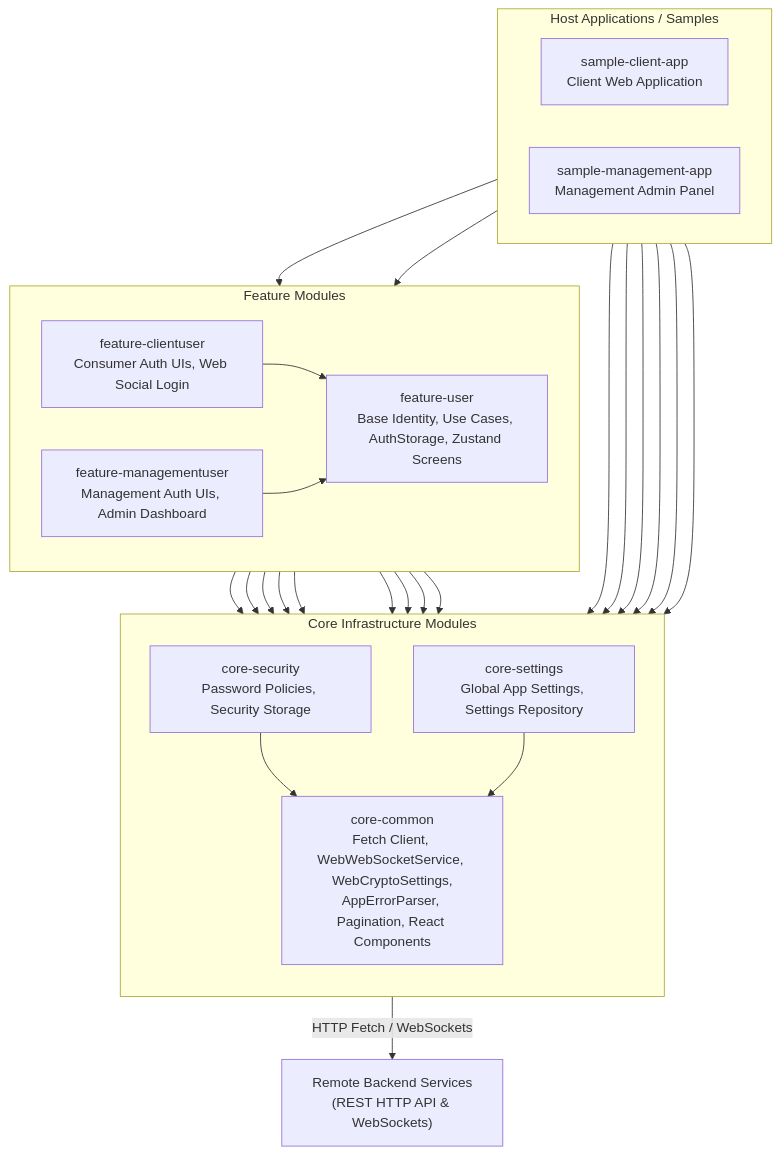
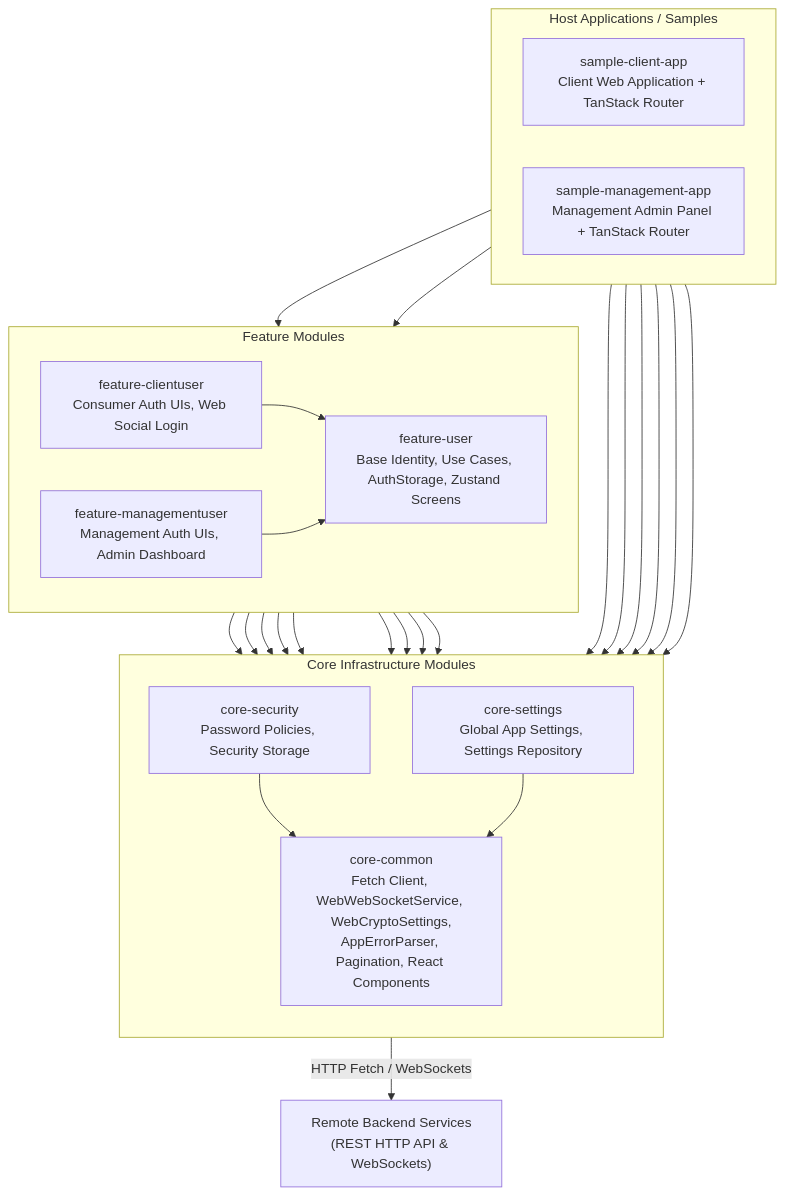
Before and after one commit to mudrichenkoevgeny/web-platform-sdk: the first of 2 diagrams in ARCHITECTURE.md, drawn with Mermaid. The commit also changed other lines of this file and 96 other files, not shown here.

````diff
--- a/ARCHITECTURE.md
+++ b/ARCHITECTURE.md
@@ -22,58 +22,58 @@
 ```mermaid
 flowchart TD
     %% Host Applications
     subgraph HostLayer [Host Applications / Samples]
         direction LR
-        ClientApp["sample-client-app\nClient Web Application"]
-        MgmtApp["sample-management-app\nManagement Admin Panel"]
+        ClientApp["sample-client-app\nClient Web Application + TanStack Router"]
+        MgmtApp["sample-management-app\nManagement Admin Panel + TanStack Router"]
     end
 
     %% SDK Feature Modules
     subgraph FeatureLayer [Feature Modules]
         direction LR
         ClientUser["feature-clientuser\nConsumer Auth UIs, Web Social Login"]
         MgmtUser["feature-managementuser\nManagement Auth UIs, Admin Dashboard"]
         BaseUser["feature-user\nBase Identity, Use Cases, AuthStorage, Zustand Screens"]
     end
 
     %% SDK Core Modules
     subgraph CoreLayer [Core Infrastructure Modules]
         direction TB
         CoreSecurity["core-security\nPassword Policies, Security Storage"]
         CoreSettings["core-settings\nGlobal App Settings, Settings Repository"]
         CoreCommon["core-common\nFetch Client, WebWebSocketService, WebCryptoSettings,\nAppErrorParser, Pagination, React Components"]
     end
 
     %% External Systems
     Backend["Remote Backend Services\n(REST HTTP API & WebSockets)"]
 
     %% Wiring Relationships
     ClientApp --> ClientUser
     ClientApp --> CoreSettings
     ClientApp --> CoreSecurity
     ClientApp --> CoreCommon
 
     MgmtApp --> MgmtUser
     MgmtApp --> CoreSettings
     MgmtApp --> CoreSecurity
     MgmtApp --> CoreCommon
 
     ClientUser --> BaseUser
     ClientUser --> CoreSecurity
     ClientUser --> CoreSettings
     ClientUser --> CoreCommon
 
     MgmtUser --> BaseUser
     MgmtUser --> CoreSecurity
     MgmtUser --> CoreSettings
     MgmtUser --> CoreCommon
 
     BaseUser --> CoreSecurity
     BaseUser --> CoreSettings
     BaseUser --> CoreCommon
 
     CoreSecurity --> CoreCommon
     CoreSettings --> CoreCommon
 
     CoreCommon -->|HTTP Fetch / WebSockets| Backend
 ```
````
